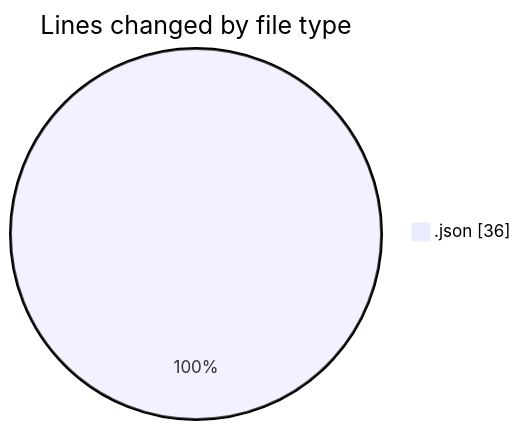
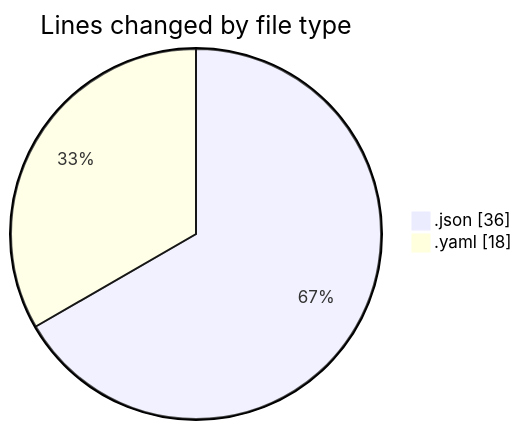
One commit to FelipKnott/code-tracking changed the first of 2 diagrams in 2025-08-15/alpha/README.md. Above: the diagram before and after it, drawn with Mermaid. The commit also changed other lines of this file and 1 other file, not shown here.

````diff
--- a/2025-08-15/alpha/README.md
+++ b/2025-08-15/alpha/README.md
@@ -20,5 +21,6 @@
 ```mermaid
 pie showData
 title Lines changed by file type
 ".json" : 36
+".yaml" : 18
 ```
````
